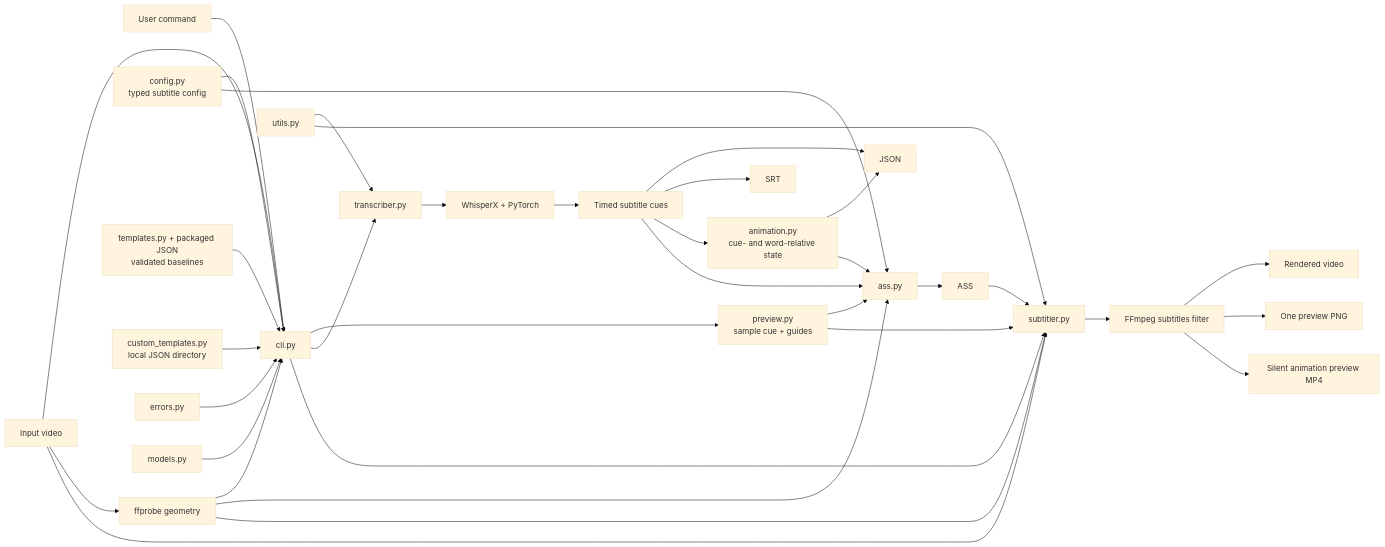
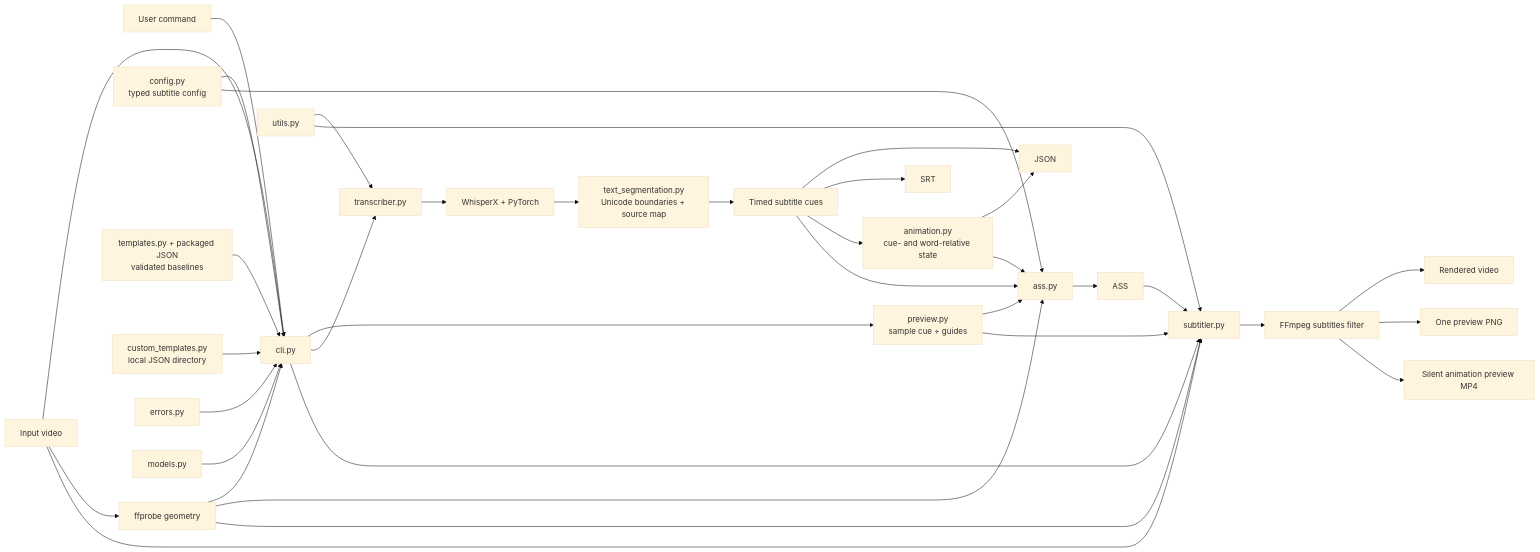
One commit to denilson-santos/multisubs changed the diagram in docs/architecture.md. Above: the diagram before and after it, drawn with Mermaid (base theme). The commit also changed other lines of this file and 8 other files, not shown here.

```diff
--- a/docs/architecture.md
+++ b/docs/architecture.md
@@ -14,37 +14,38 @@
 ~~~mermaid
 flowchart LR
     user[User command] --> cli[cli.py]
     input[Input video] --> cli
     input --> probe[ffprobe geometry]
     probe --> cli
     config[config.py<br/>typed subtitle config] --> cli
     templates[templates.py + packaged JSON<br/>validated baselines] --> cli
     custom[custom_templates.py<br/>local JSON directory] --> cli
     cli --> preview[preview.py<br/>sample cue + guides]
     cli --> transcriber[transcriber.py]
     transcriber --> whisper[WhisperX + PyTorch]
-    whisper --> cues[Timed subtitle cues]
+    whisper --> segmentation[text_segmentation.py<br/>Unicode boundaries + source map]
+    segmentation --> cues[Timed subtitle cues]
     cues --> json[JSON]
     cues --> srt[SRT]
     cues --> animations[animation.py<br/>cue- and word-relative state]
     animations --> json
     animations --> asswriter
     cues --> asswriter[ass.py]
     asswriter --> ass[ASS]
     preview --> asswriter
     config --> asswriter
     probe --> asswriter
     cli --> subtitler[subtitler.py]
     preview --> subtitler
     input --> subtitler
     ass --> subtitler
     probe --> subtitler
     subtitler --> ffmpeg[FFmpeg subtitles filter]
     ffmpeg --> video[Rendered video]
     ffmpeg --> png[One preview PNG]
     ffmpeg --> clip[Silent animation preview MP4]
     utils[utils.py] --> transcriber
     utils --> subtitler
     errors[errors.py] --> cli
     models[models.py] --> cli
 ~~~
```
